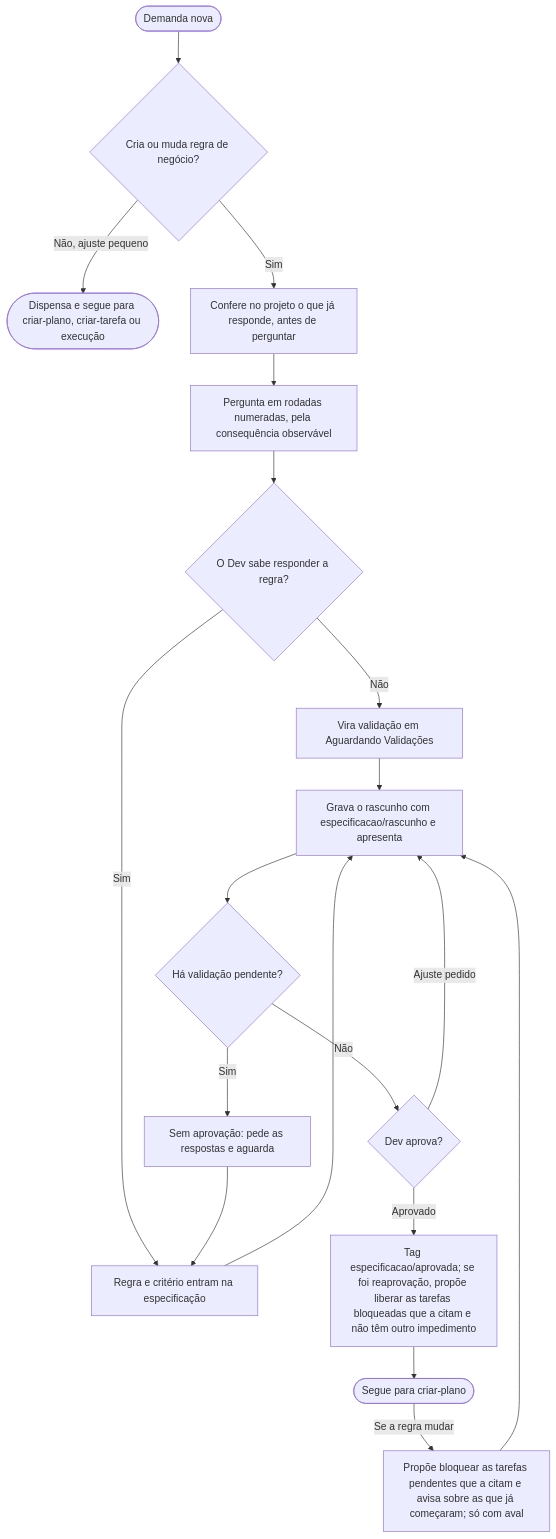
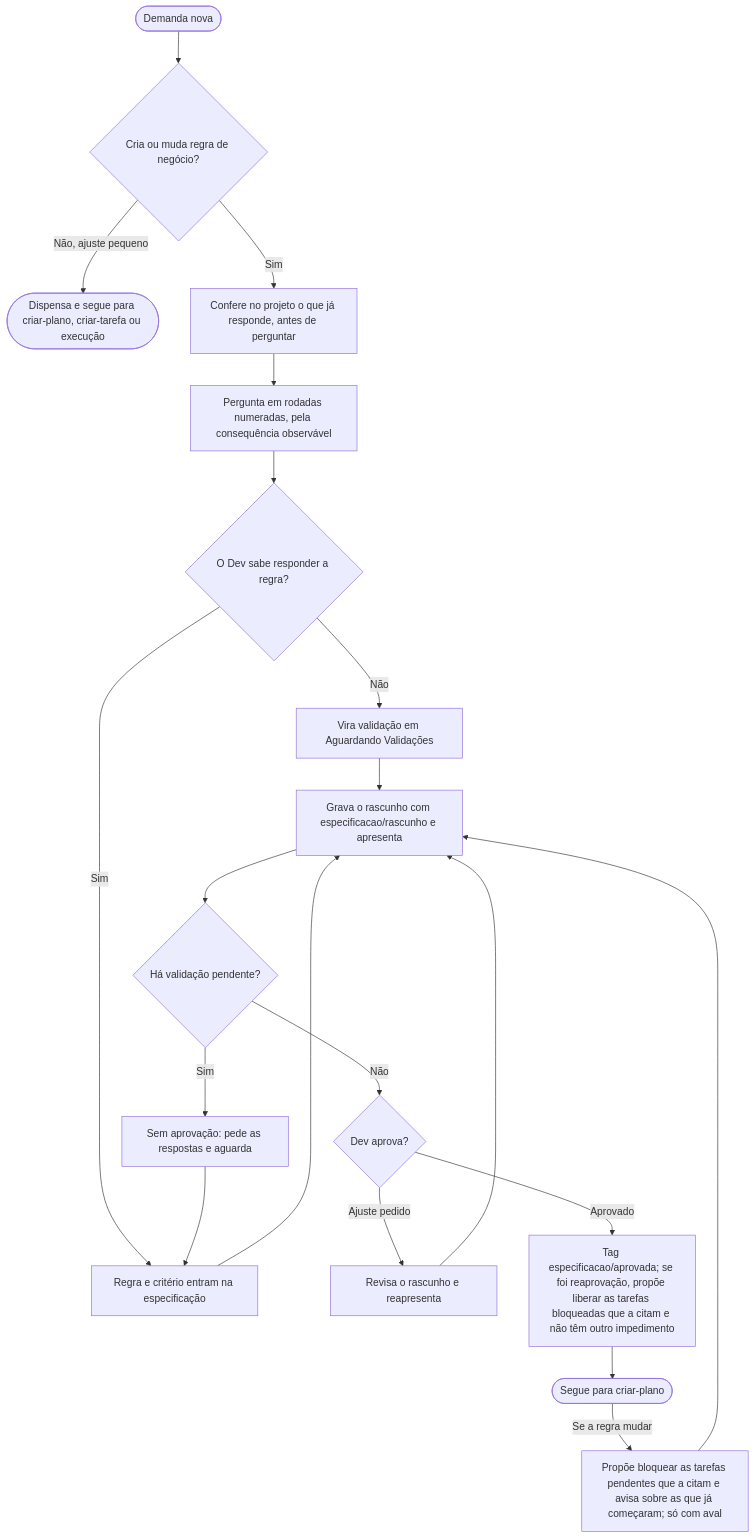
One commit to Fabricio-S-Martins/plugin-arquitetura-e-qualidade changed the diagram in docs/guias/CRIAR-ESPECIFICACAO.md. Above: the diagram before and after it, drawn with Mermaid. The commit also changed 3 other files, not shown here.

Commit message:
fix: laço de ajuste nos fluxogramas dos guias CRIAR-PLANO e CRIAR-ESPECIFICACAO sai da decisão para um passo de revisão; DIAGRAMAS.md ganha a regra do laço de volta; plugin sobe para 0.45.2

````diff
--- a/docs/guias/CRIAR-ESPECIFICACAO.md
+++ b/docs/guias/CRIAR-ESPECIFICACAO.md
@@ -43,21 +43,22 @@
 ```mermaid
 flowchart TD
   A(["Demanda nova"]) --> B{"Cria ou muda regra de negócio?"}
   B -- "Não, ajuste pequeno" --> C(["Dispensa e segue para criar-plano, criar-tarefa ou execução"])
   B -- "Sim" --> D["Confere no projeto o que já responde, antes de perguntar"]
   D --> E["Pergunta em rodadas numeradas, pela consequência observável"]
   E --> F{"O Dev sabe responder a regra?"}
   F -- "Não" --> G["Vira validação em Aguardando Validações"]
   F -- "Sim" --> H["Regra e critério entram na especificação"]
   G --> I["Grava o rascunho com especificacao/rascunho e apresenta"]
   H --> I
   I --> J{"Há validação pendente?"}
   J -- "Sim" --> K["Sem aprovação: pede as respostas e aguarda"]
   K --> H
   J -- "Não" --> L{"Dev aprova?"}
-  L -- "Ajuste pedido" --> I
+  L -- "Ajuste pedido" --> L2["Revisa o rascunho e reapresenta"]
+  L2 --> I
   L -- "Aprovado" --> M["Tag especificacao/aprovada; se foi reaprovação, propõe liberar as tarefas bloqueadas que a citam e não têm outro impedimento"]
   M --> N(["Segue para criar-plano"])
   N -- "Se a regra mudar" --> R["Propõe bloquear as tarefas pendentes que a citam e avisa sobre as que já começaram; só com aval"]
   R --> I
 ```
````
